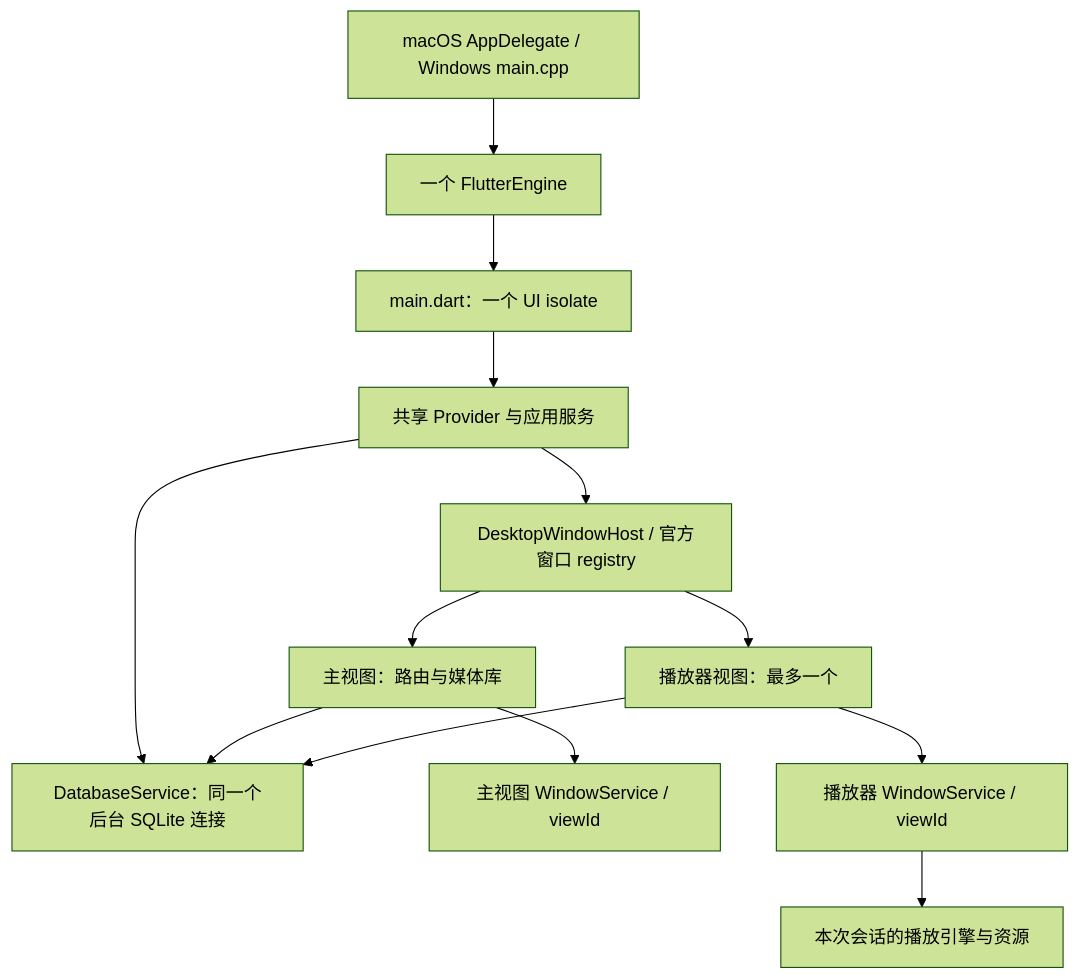
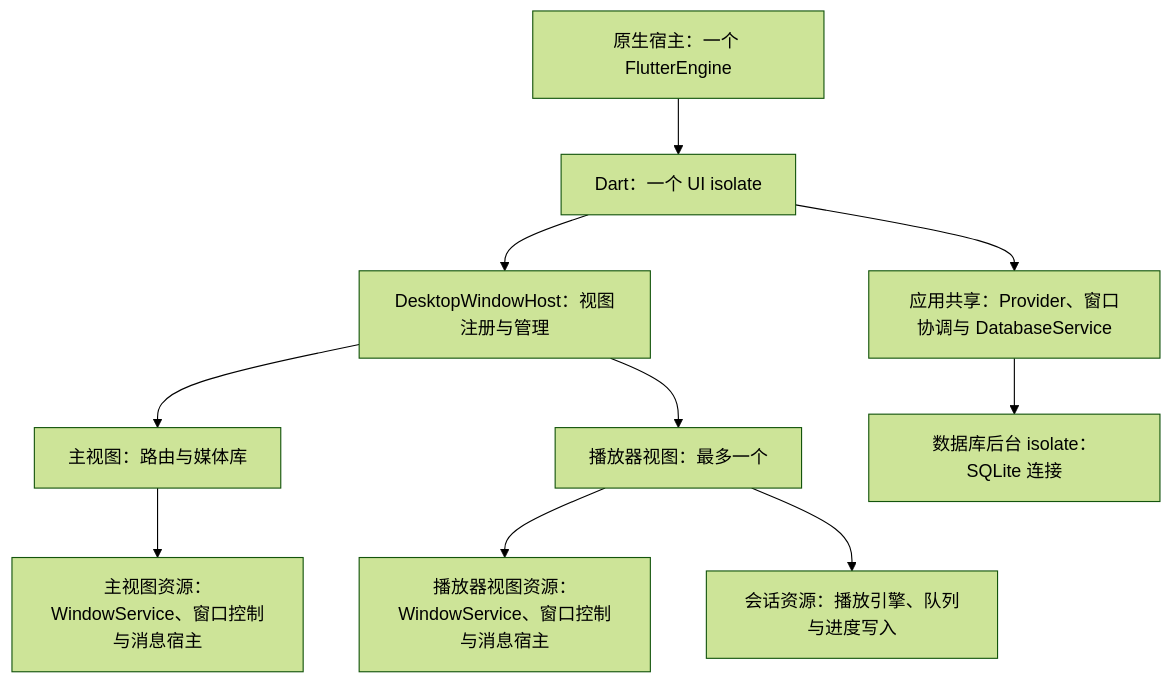
One commit to sen-to/mochi_player changed the fourth of 4 diagrams in docs/architecture/overview.md. Above: the diagram before and after it, drawn with Mermaid (forest theme). The commit also changed other lines of this file and 1 other file, not shown here.

First line of the commit message:
docs(architecture): 更新并完善项目架构文档

````diff
--- a/docs/architecture/overview.md
+++ b/docs/architecture/overview.md
@@ -61,15 +117,12 @@
 ```mermaid
 flowchart TB
-  Native["macOS AppDelegate / Windows main.cpp"] --> Engine["一个 FlutterEngine"]
-  Engine --> Main["main.dart：一个 UI isolate"]
-  Main --> Shared["共享 Provider 与应用服务"]
-  Shared --> Registry["DesktopWindowHost / 官方窗口 registry"]
-  Registry --> Library["主视图：路由与媒体库"]
-  Registry --> Player["播放器视图：最多一个"]
-  Shared --> DB["DatabaseService：同一个后台 SQLite 连接"]
-  Library --> DB
-  Player --> DB
-  Library --> LW["主视图 WindowService / viewId"]
-  Player --> PW["播放器 WindowService / viewId"]
-  PW --> Resource["本次会话的播放引擎与资源"]
+  Native["原生宿主：一个 FlutterEngine"] --> Runtime["Dart：一个 UI isolate"]
+  Runtime --> Shared["应用共享：Provider、窗口协调与 DatabaseService"]
+  Runtime --> Views["DesktopWindowHost：视图注册与管理"]
+  Views --> Library["主视图：路由与媒体库"]
+  Views --> Player["播放器视图：最多一个"]
+  Shared --> DB["数据库后台 isolate：SQLite 连接"]
+  Library --> LW["主视图资源：WindowService、窗口控制与消息宿主"]
+  Player --> PW["播放器视图资源：WindowService、窗口控制与消息宿主"]
+  Player --> Resource["会话资源：播放引擎、队列与进度写入"]
 ```
````
